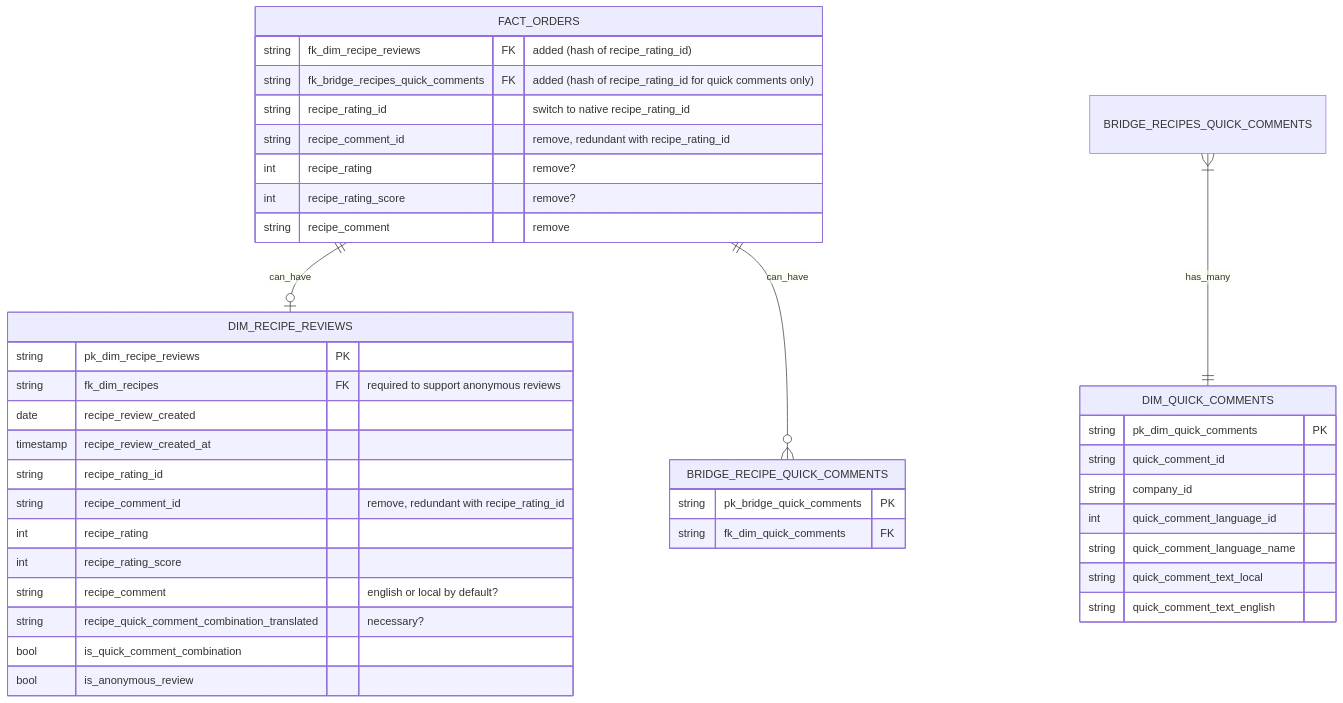
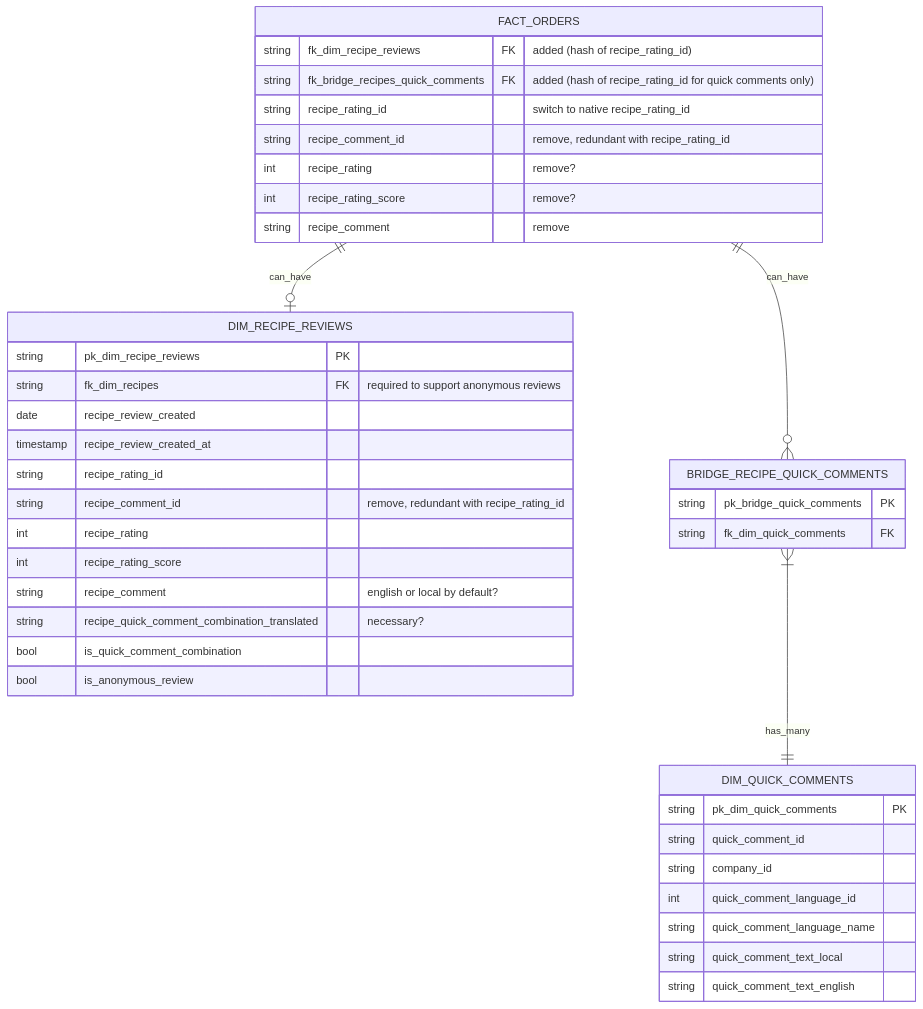
One commit to comegrant/misc_doc changed the diagram in add_reviews_to_pbi.md. Above: the diagram before and after it, drawn with Mermaid.

````diff
--- a/add_reviews_to_pbi.md
+++ b/add_reviews_to_pbi.md
@@ -13,45 +13,45 @@
 ```mermaid
 erDiagram
 direction TB
 FACT_ORDERS ||--o| DIM_RECIPE_REVIEWS: can_have
 FACT_ORDERS ||--o{ BRIDGE_RECIPE_QUICK_COMMENTS: can_have
-BRIDGE_RECIPES_QUICK_COMMENTS }|--|| DIM_QUICK_COMMENTS: has_many
+BRIDGE_RECIPE_QUICK_COMMENTS }|--|| DIM_QUICK_COMMENTS: has_many
 
 
 FACT_ORDERS {
     string fk_dim_recipe_reviews FK "added (hash of recipe_rating_id)"
     string fk_bridge_recipes_quick_comments FK "added (hash of recipe_rating_id for quick comments only)"
     string recipe_rating_id "switch to native recipe_rating_id"
     string recipe_comment_id "remove, redundant with recipe_rating_id"
     int recipe_rating "remove?"
     int recipe_rating_score "remove?"
     string recipe_comment "remove"
 }
 DIM_RECIPE_REVIEWS {
     string pk_dim_recipe_reviews PK
     string fk_dim_recipes FK "required to support anonymous reviews"
     date recipe_review_created
     timestamp recipe_review_created_at
     string recipe_rating_id
     string recipe_comment_id "remove, redundant with recipe_rating_id"
     int recipe_rating
     int recipe_rating_score
     string recipe_comment "english or local by default?"
     string recipe_quick_comment_combination_translated "necessary?"
     bool is_quick_comment_combination
     bool is_anonymous_review
 }
 BRIDGE_RECIPE_QUICK_COMMENTS {
     string pk_bridge_quick_comments PK
     string fk_dim_quick_comments FK
 }
 DIM_QUICK_COMMENTS {
     string pk_dim_quick_comments PK
     string quick_comment_id 
     string company_id
     int quick_comment_language_id
     string quick_comment_language_name
     string quick_comment_text_local
     string quick_comment_text_english
 }
 ```
````
